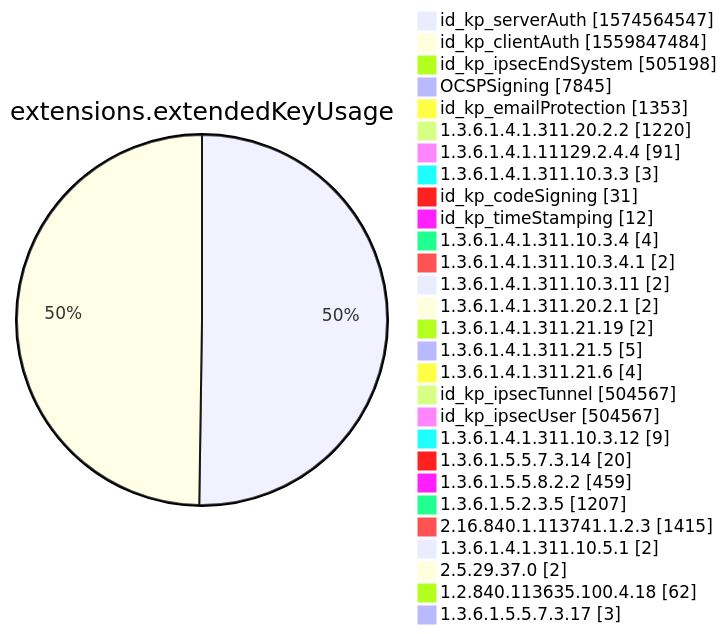
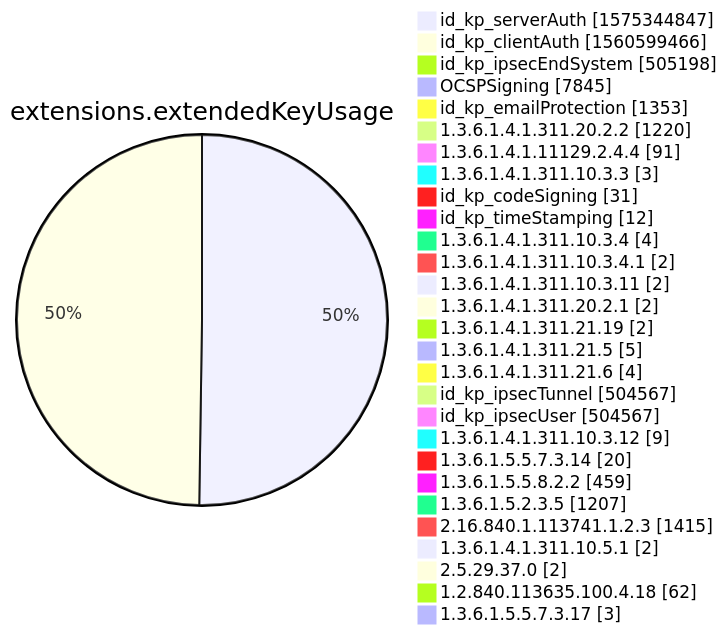
One commit to christiankrug/ctmonitor_visualization changed diagram 12 of 15 in xenon2022/README.md. Above: the diagram before and after it, drawn with Mermaid. The commit also changed other lines of this file, not shown here.

````diff
--- a/xenon2022/README.md
+++ b/xenon2022/README.md
@@ -3884,32 +3884,32 @@
 ```mermaid
 pie showData
 title extensions.extendedKeyUsage
-"id_kp_serverAuth" :1574564547
-"id_kp_clientAuth" :1559847484
+"id_kp_serverAuth" :1575344847
+"id_kp_clientAuth" :1560599466
 "id_kp_ipsecEndSystem" :505198
 "OCSPSigning" :7845
 "id_kp_emailProtection" :1353
 "1.3.6.1.4.1.311.20.2.2" :1220
 "1.3.6.1.4.1.11129.2.4.4" :91
 "1.3.6.1.4.1.311.10.3.3" :3
 "id_kp_codeSigning" :31
 "id_kp_timeStamping" :12
 "1.3.6.1.4.1.311.10.3.4" :4
 "1.3.6.1.4.1.311.10.3.4.1" :2
 "1.3.6.1.4.1.311.10.3.11" :2
 "1.3.6.1.4.1.311.20.2.1" :2
 "1.3.6.1.4.1.311.21.19" :2
 "1.3.6.1.4.1.311.21.5" :5
 "1.3.6.1.4.1.311.21.6" :4
 "id_kp_ipsecTunnel" :504567
 "id_kp_ipsecUser" :504567
 "1.3.6.1.4.1.311.10.3.12" :9
 "1.3.6.1.5.5.7.3.14" :20
 "1.3.6.1.5.5.8.2.2" :459
 "1.3.6.1.5.2.3.5" :1207
 "2.16.840.1.113741.1.2.3" :1415
 "1.3.6.1.4.1.311.10.5.1" :2
 "2.5.29.37.0" :2
 "1.2.840.113635.100.4.18" :62
 "1.3.6.1.5.5.7.3.17" :3
 ```
````
